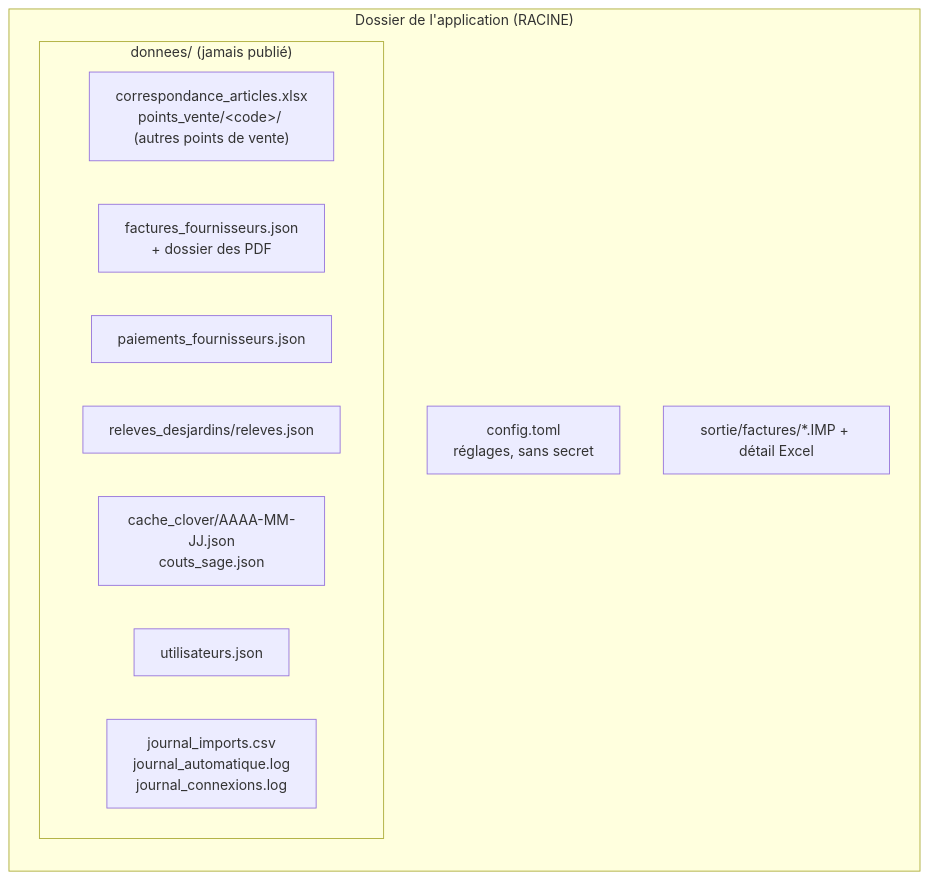
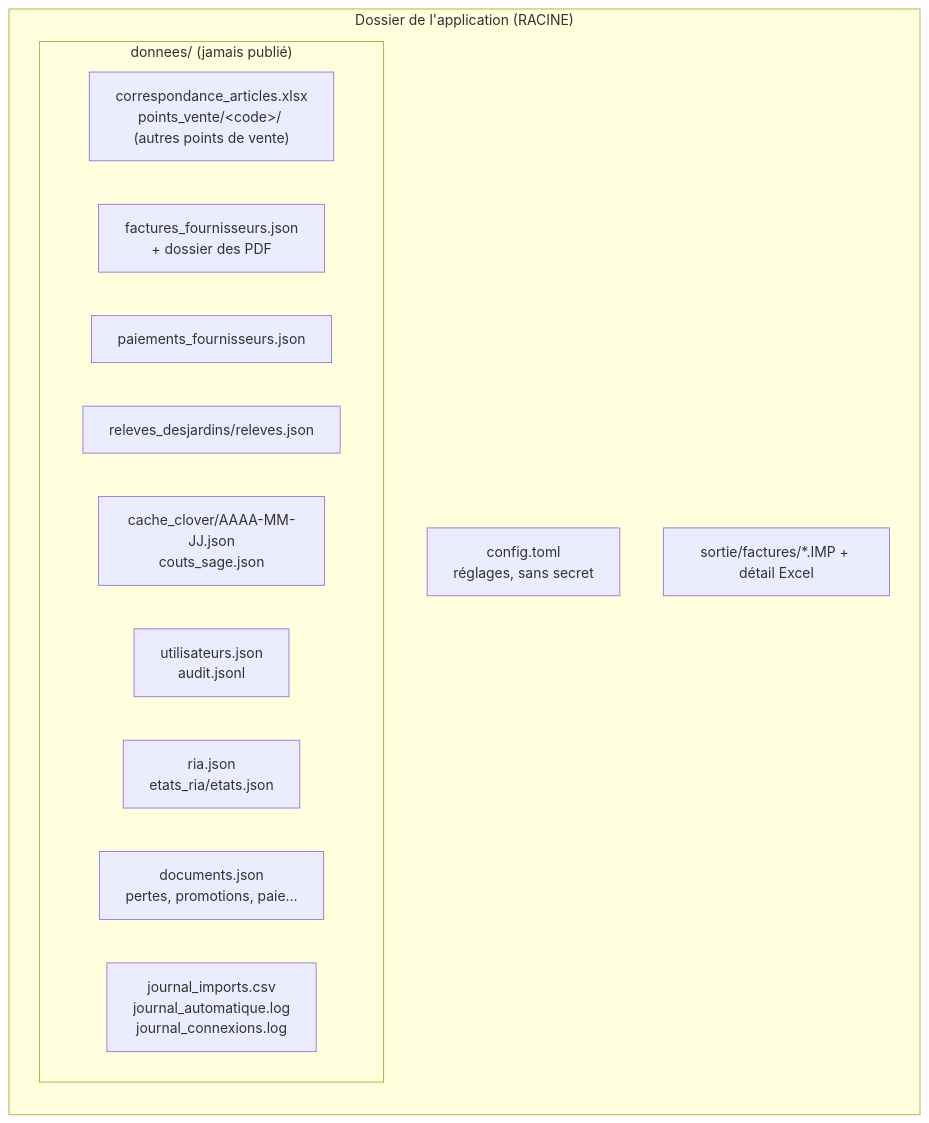
One commit to mteingueng-dot/MVOGMBI_Sync_2026.1 changed the third of 14 diagrams in ARCHITECTURE.md. Above: the diagram before and after it, drawn with Mermaid. The commit also changed other lines of this file and 27 other files, not shown here.

````diff
--- a/ARCHITECTURE.md
+++ b/ARCHITECTURE.md
@@ -180,16 +190,18 @@
 ```mermaid
 flowchart LR
     subgraph Racine["Dossier de l'application (RACINE)"]
         CFG["config.toml<br/>réglages, sans secret"]
         subgraph donnees["donnees/ (jamais publié)"]
             CORR["correspondance_articles.xlsx<br/>points_vente/&lt;code&gt;/ (autres points de vente)"]
             REGF["factures_fournisseurs.json<br/>+ dossier des PDF"]
             REGP["paiements_fournisseurs.json"]
             REL["releves_desjardins/releves.json"]
             CACHE["cache_clover/AAAA-MM-JJ.json<br/>couts_sage.json"]
-            USR["utilisateurs.json"]
+            USR["utilisateurs.json<br/>audit.jsonl"]
+            RIA["ria.json<br/>etats_ria/etats.json"]
+            DOCS["documents.json<br/>pertes, promotions, paie…"]
             JRN["journal_imports.csv<br/>journal_automatique.log<br/>journal_connexions.log"]
         end
         SORT["sortie/factures/*.IMP + détail Excel"]
     end
 ```
````
